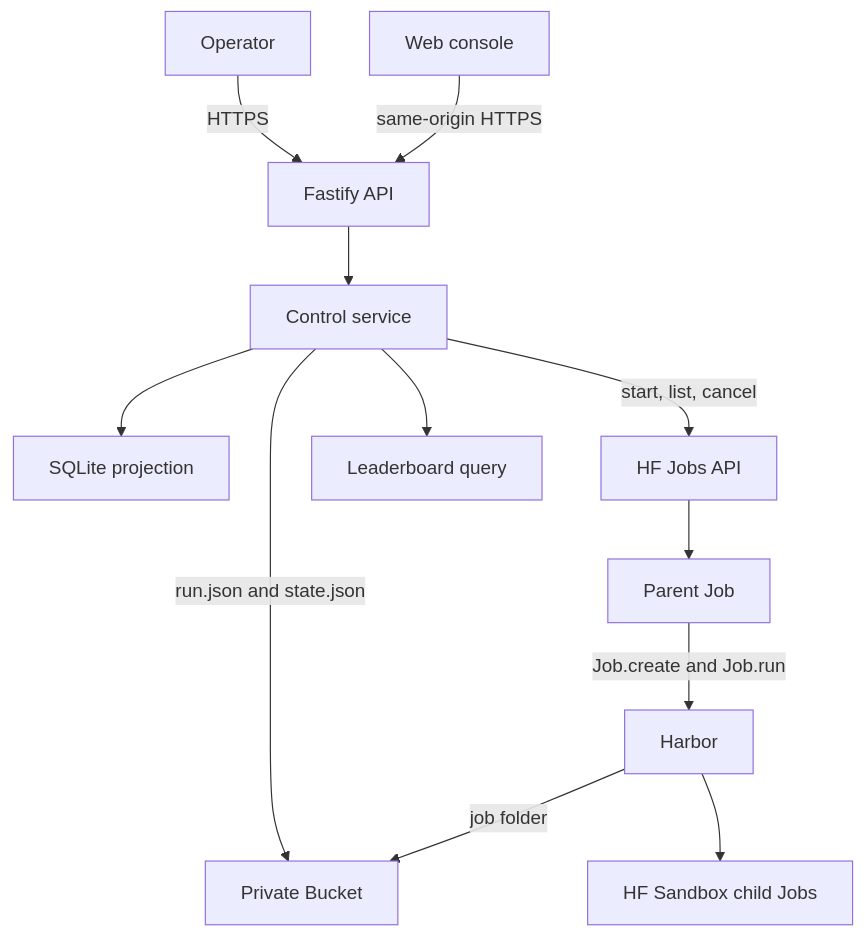
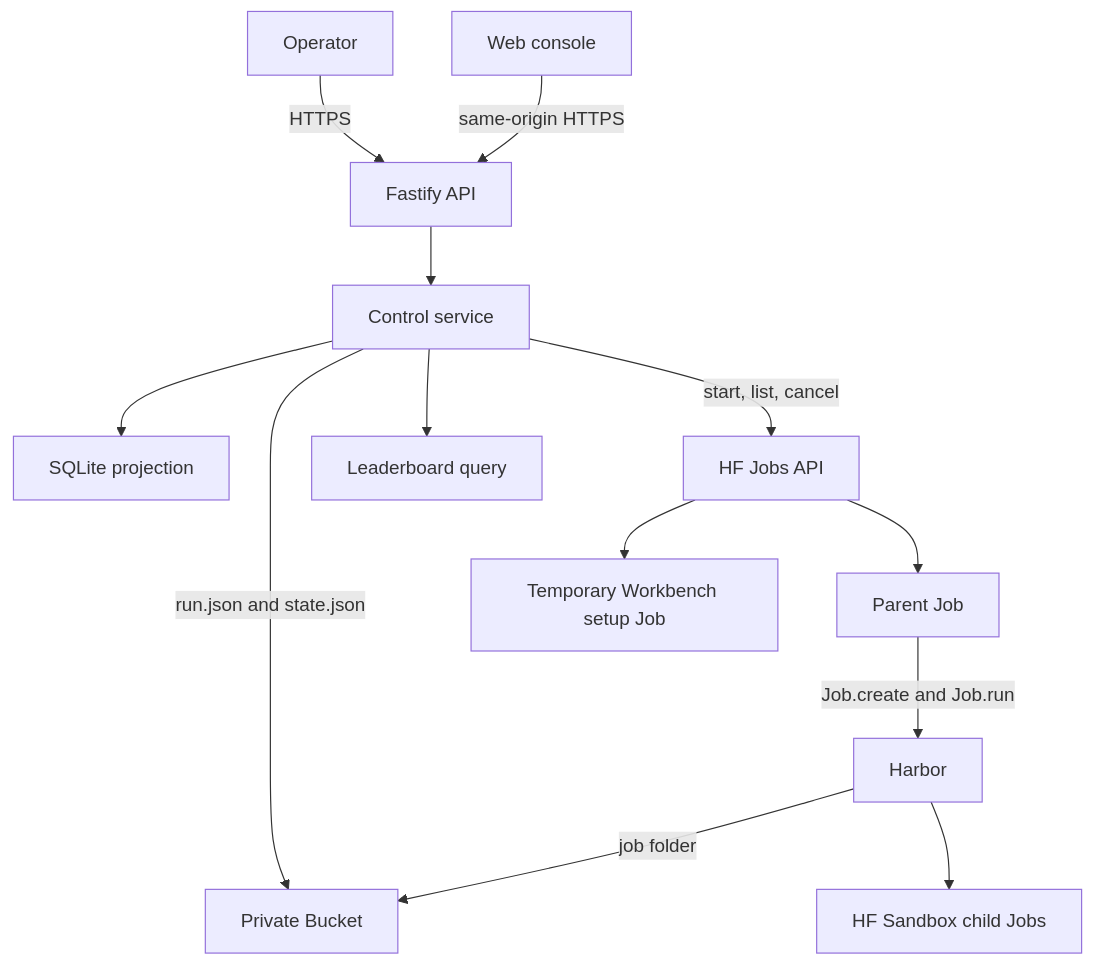
The diagram in docs/architecture.md (huggingface/harbor-hf), drawn with Mermaid before and after one commit. The commit also changed other lines of this file and 71 other files, not shown here.

````diff
--- a/docs/architecture.md
+++ b/docs/architecture.md
@@ -39,14 +39,15 @@
 ```mermaid
 flowchart TD
     O[Operator] -->|HTTPS| API[Fastify API]
     W[Web console] -->|same-origin HTTPS| API
     API --> CS[Control service]
     CS -->|run.json and state.json| B[Private Bucket]
     CS --> DB[SQLite projection]
     CS -->|start, list, cancel| HF[HF Jobs API]
     HF --> P[Parent Job]
+    HF --> T[Temporary Workbench setup Job]
     P -->|Job.create and Job.run| H[Harbor]
     H --> C[HF Sandbox child Jobs]
     H -->|job folder| B
     CS --> L[Leaderboard query]
 ```
````
